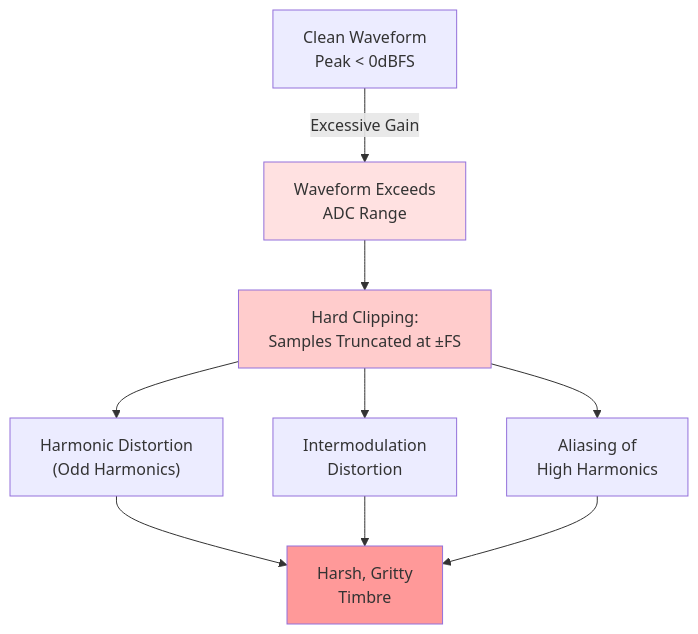
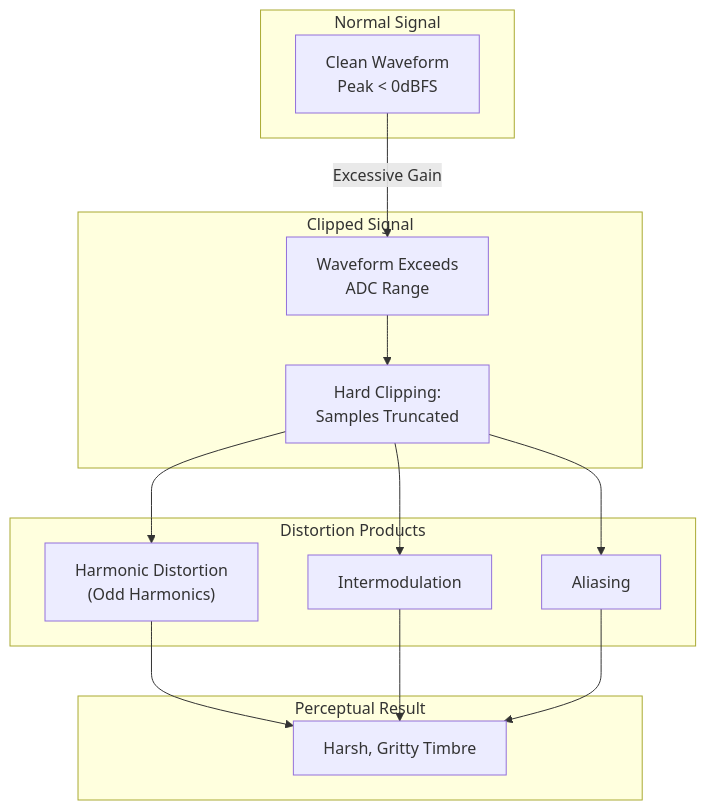
The fourth of 7 diagrams in topics/arts/music_performance/vocals/labs.md (blebleblee/synapse), drawn with Mermaid before and after one commit. The commit also changed other lines of this file and 4 other files, not shown here.

````diff
--- a/topics/arts/music_performance/vocals/labs.md
+++ b/topics/arts/music_performance/vocals/labs.md
@@ -543,15 +653,30 @@
 ```mermaid
 graph TD
-    A["Clean Waveform<br/>Peak < 0dBFS"] -->|"Excessive Gain"| B["Waveform Exceeds<br/>ADC Range"]
-    B --> C["Hard Clipping:<br/>Samples Truncated at ±FS"]
-    C --> D["Harmonic Distortion<br/>(Odd Harmonics)"]
-    C --> E["Intermodulation<br/>Distortion"]
-    C --> F["Aliasing of<br/>High Harmonics"]
-    D --> G["Harsh, Gritty<br/>Timbre"]
+    subgraph sub_clean ["Normal Signal"]
+        A["Clean Waveform<br/>Peak < 0dBFS"]
+    end
+    
+    subgraph sub_clipped ["Clipped Signal"]
+        B["Waveform Exceeds<br/>ADC Range"]
+        C["Hard Clipping:<br/>Samples Truncated"]
+    end
+    
+    subgraph sub_distortion ["Distortion Products"]
+        D["Harmonic Distortion<br/>(Odd Harmonics)"]
+        E["Intermodulation"]
+        F["Aliasing"]
+    end
+    
+    subgraph sub_result ["Perceptual Result"]
+        G["Harsh, Gritty Timbre"]
+    end
+    
+    A -->|"Excessive Gain"| B
+    B --> C
+    C --> D
+    C --> E
+    C --> F
+    D --> G
     E --> G
     F --> G
-    
-    style B fill:#ffe1e1
-    style C fill:#ffcccc
-    style G fill:#ff9999
 ```
````
